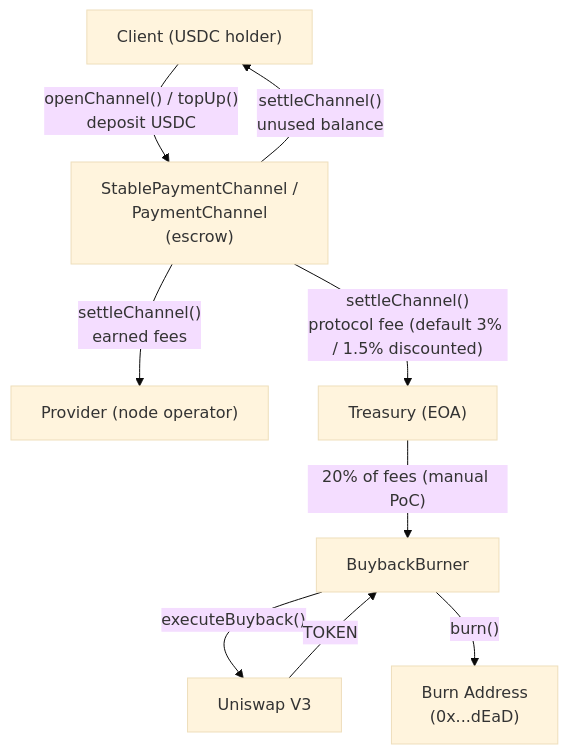
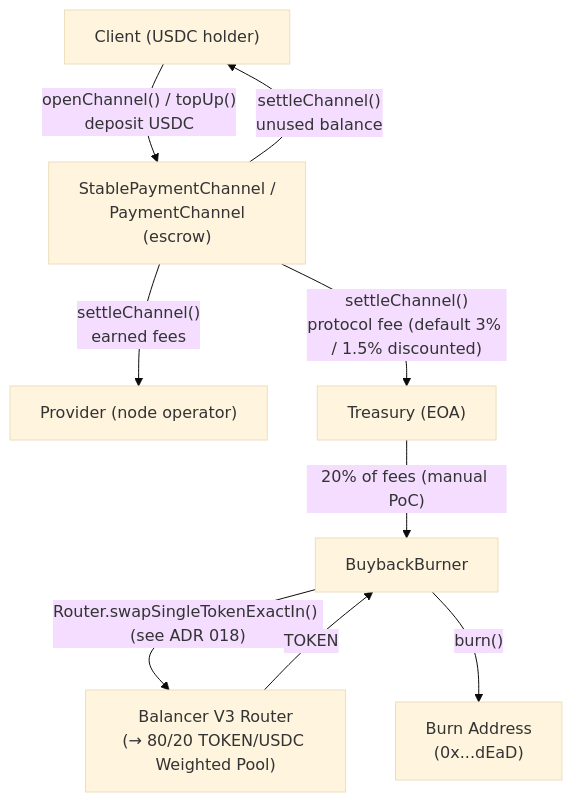
The third of 4 diagrams in adr/016-contract-interactions.md (decdn/decdn), drawn with Mermaid (base theme) before and after one commit. The commit also changed other lines of this file and 5 other files, not shown here.

First line of the commit message:
docs: add ADR 018 liquidity strategy (Balancer 80/20 POL) (#188)

````diff
--- a/adr/016-contract-interactions.md
+++ b/adr/016-contract-interactions.md
@@ -155,19 +155,19 @@
 ```mermaid
 flowchart TD
     Client["Client (USDC holder)"]
     SPC["StablePaymentChannel /<br/>PaymentChannel<br/>(escrow)"]
     Provider["Provider (node operator)"]
     Treasury["Treasury (EOA)"]
     BB["BuybackBurner"]
-    UNI["Uniswap V3"]
+    BAL["Balancer V3 Router<br/>(→ 80/20 TOKEN/USDC Weighted Pool)"]
     BURN["Burn Address<br/>(0x...dEaD)"]
 
     Client -->|"openChannel() / topUp()<br/>deposit USDC"| SPC
     SPC -->|"settleChannel()<br/>earned fees"| Provider
     SPC -->|"settleChannel()<br/>protocol fee (default 3% / 1.5% discounted)"| Treasury
     SPC -->|"settleChannel()<br/>unused balance"| Client
     Treasury -->|"20% of fees (manual PoC)"| BB
-    BB -->|"executeBuyback()"| UNI
-    UNI -->|"TOKEN"| BB
+    BB -->|"Router.swapSingleTokenExactIn() (see ADR 018)"| BAL
+    BAL -->|"TOKEN"| BB
     BB -->|"burn()"| BURN
 ```
````
